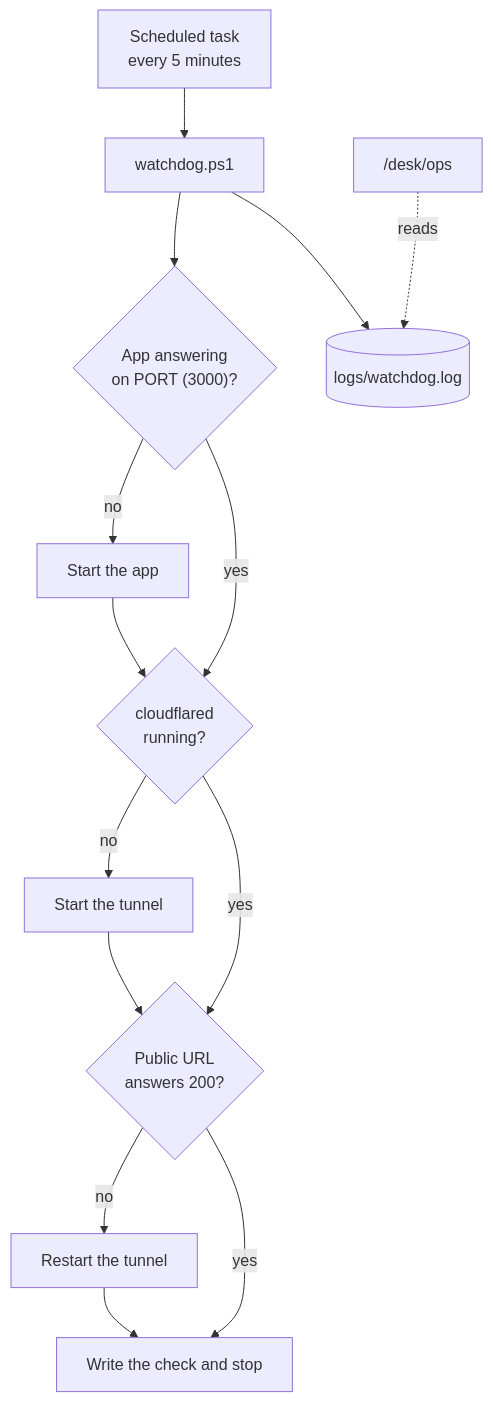
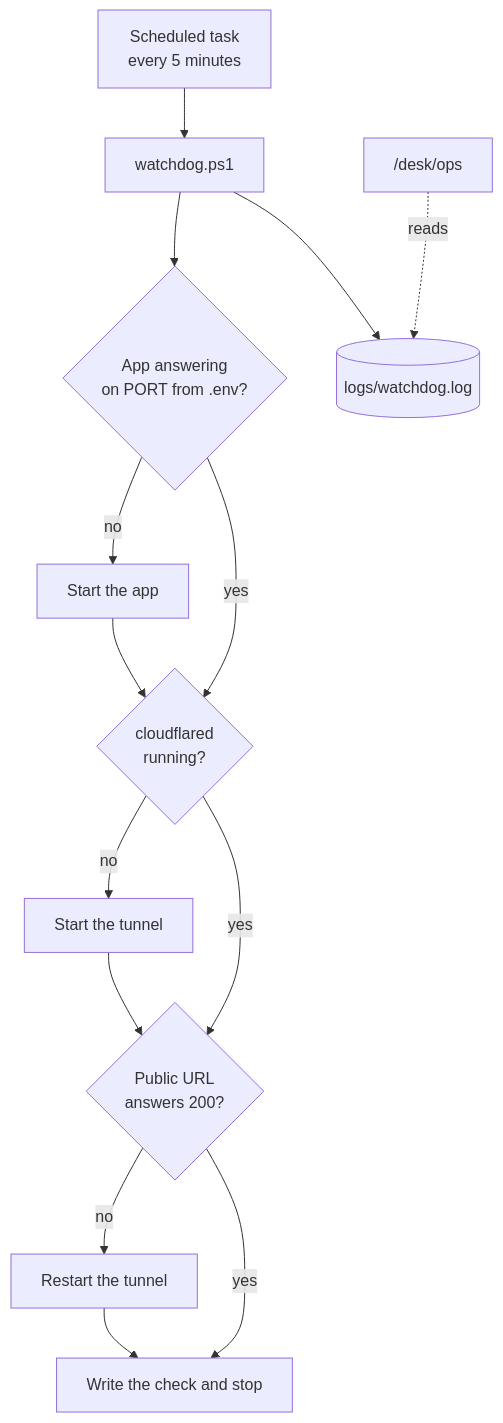
The sixth of 8 diagrams in docs/manual.md (scottconverse/TownReporter), drawn with Mermaid before and after one commit. The commit also changed other lines of this file and 9 other files, not shown here.

````diff
--- a/docs/manual.md
+++ b/docs/manual.md
@@ -634,17 +634,17 @@
 ```mermaid
 flowchart TB
     T["Scheduled task<br/>every 5 minutes"] --> WD["watchdog.ps1"]
-    WD --> C1{"App answering<br/>on PORT (3000)?"}
+    WD --> C1{"App answering<br/>on PORT from .env?"}
     C1 -->|no| R1["Start the app"]
     C1 -->|yes| C2{"cloudflared<br/>running?"}
     R1 --> C2
     C2 -->|no| R2["Start the tunnel"]
     C2 -->|yes| C3{"Public URL<br/>answers 200?"}
     R2 --> C3
     C3 -->|no| R3["Restart the tunnel"]
     C3 -->|yes| OK["Write the check and stop"]
     R3 --> OK
 
     OPS["/desk/ops"] -.reads.-> LOG[("logs/watchdog.log")]
     WD --> LOG
 ```
````
